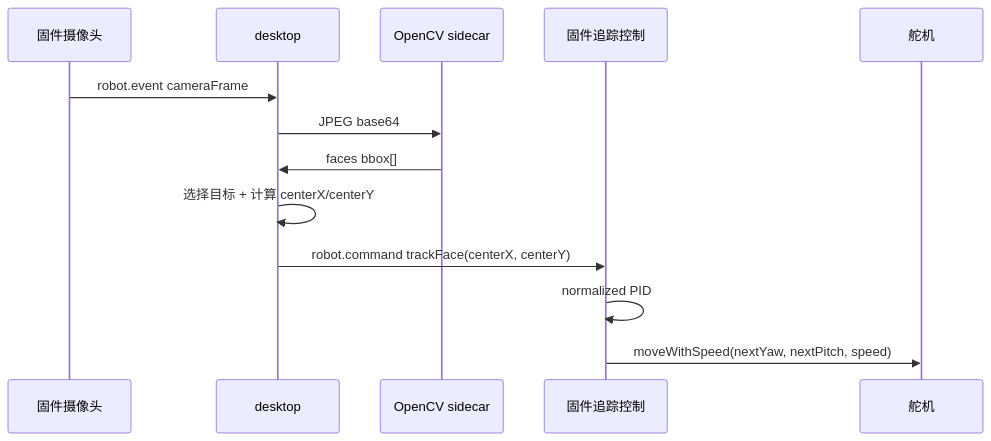
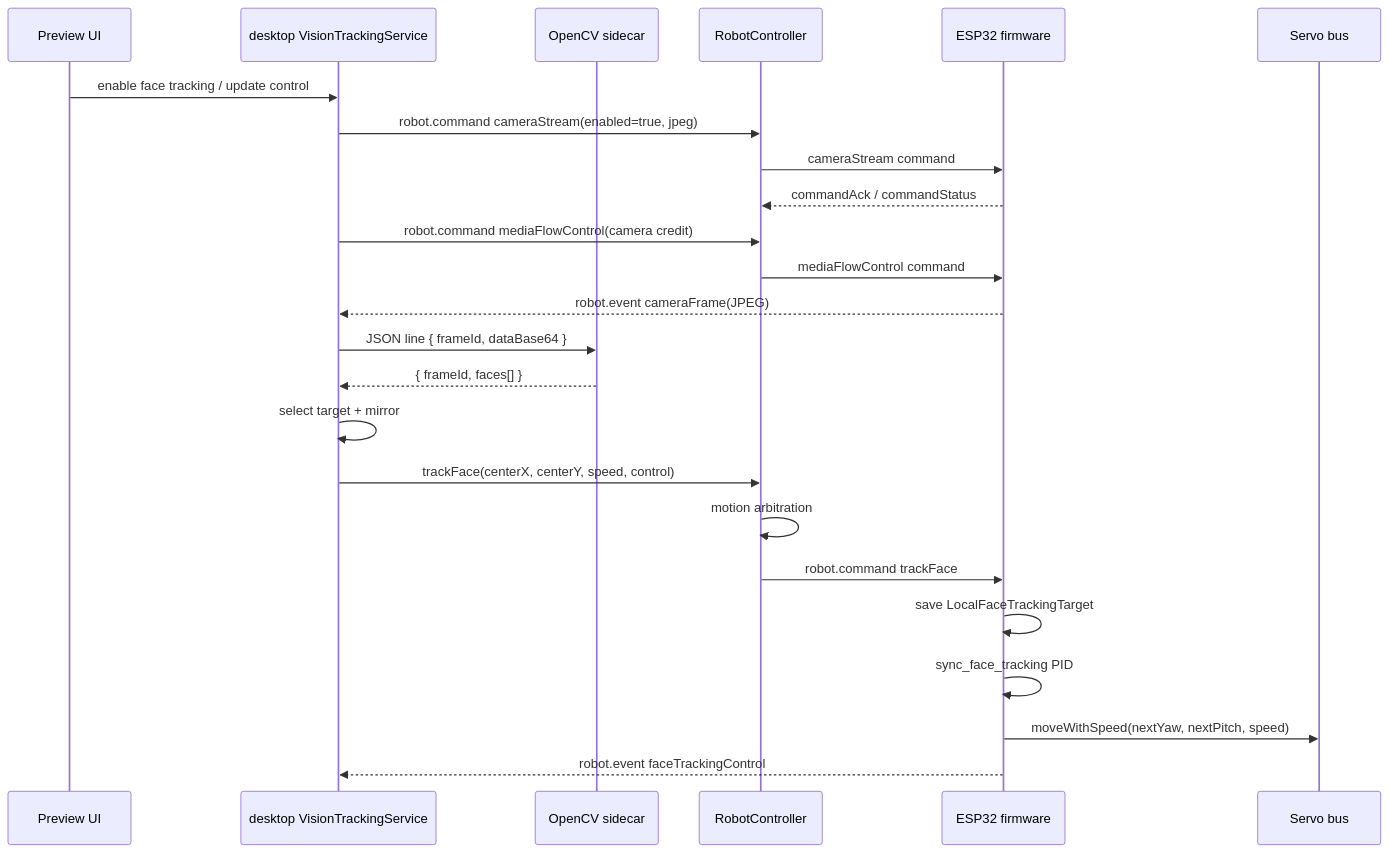
The diagram in docs/face-tracking-pipeline.md (xuruiray/stackchan-local), drawn with Mermaid before and after one commit. The commit also changed other lines of this file and 42 other files, not shown here.

First line of the commit message:
fix(tracking): stabilize face tracking control

````diff
--- a/docs/face-tracking-pipeline.md
+++ b/docs/face-tracking-pipeline.md
@@ -7,16 +17,27 @@
 ```mermaid
 sequenceDiagram
-  participant Camera as 固件摄像头
-  participant Desktop as desktop
+  participant UI as Preview UI
+  participant Desktop as desktop VisionTrackingService
   participant Detector as OpenCV sidecar
-  participant FW as 固件追踪控制
-  participant Servo as 舵机
+  participant Controller as RobotController
+  participant FW as ESP32 firmware
+  participant Servo as Servo bus
 
-  Camera->>Desktop: robot.event cameraFrame
-  Desktop->>Detector: JPEG base64
-  Detector->>Desktop: faces bbox[]
-  Desktop->>Desktop: 选择目标 + 计算 centerX/centerY
-  Desktop->>FW: robot.command trackFace(centerX, centerY)
-  FW->>FW: normalized PID
+  UI->>Desktop: enable face tracking / update control
+  Desktop->>Controller: robot.command cameraStream(enabled=true, jpeg)
+  Controller->>FW: cameraStream command
+  FW-->>Controller: commandAck / commandStatus
+  Desktop->>Controller: robot.command mediaFlowControl(camera credit)
+  Controller->>FW: mediaFlowControl command
+  FW-->>Desktop: robot.event cameraFrame(JPEG)
+  Desktop->>Detector: JSON line { frameId, dataBase64 }
+  Detector-->>Desktop: { frameId, faces[] }
+  Desktop->>Desktop: select target + mirror
+  Desktop->>Controller: trackFace(centerX, centerY, speed, control)
+  Controller->>Controller: motion arbitration
+  Controller->>FW: robot.command trackFace
+  FW->>FW: save LocalFaceTrackingTarget
+  FW->>FW: sync_face_tracking PID
   FW->>Servo: moveWithSpeed(nextYaw, nextPitch, speed)
+  FW-->>Desktop: robot.event faceTrackingControl
 ```
````
